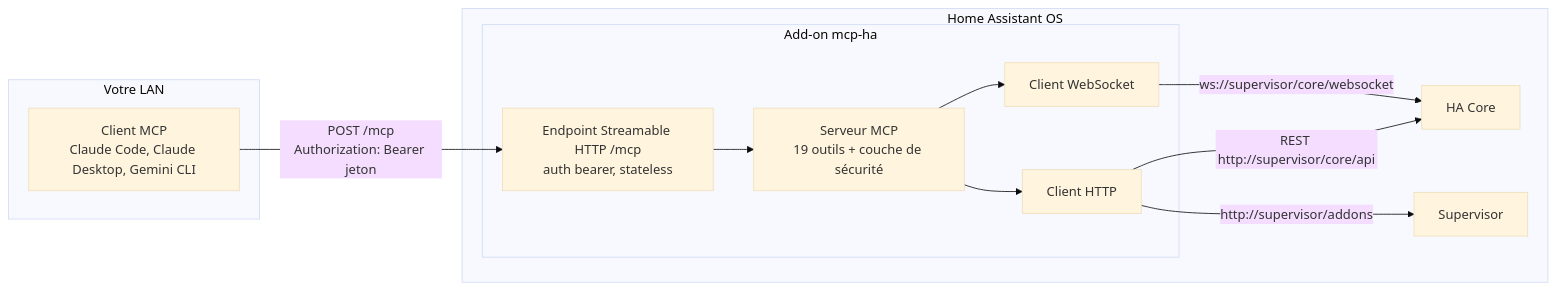
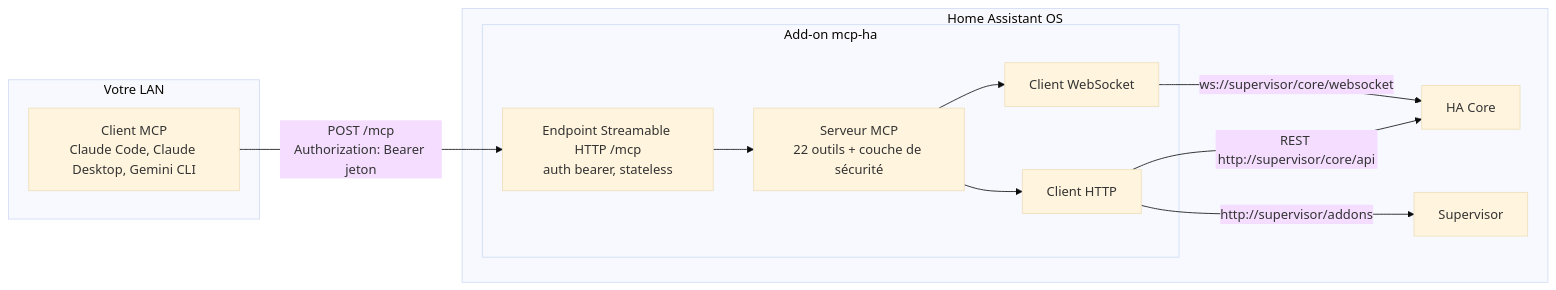
Before and after one commit to Devitek/mcp-ha: the first of 3 diagrams in docs/fr/reference/architecture.md, drawn with Mermaid (base theme). The commit also changed 33 other files, not shown here.

````diff
--- a/docs/fr/reference/architecture.md
+++ b/docs/fr/reference/architecture.md
@@ -7,23 +7,23 @@
 ```mermaid
 flowchart LR
   subgraph lan["Votre LAN"]
     C["Client MCP<br/>Claude Code, Claude Desktop, Gemini CLI"]
   end
   subgraph haos["Home Assistant OS"]
     subgraph addon["Add-on mcp-ha"]
       T["Endpoint Streamable HTTP /mcp<br/>auth bearer, stateless"]
-      S["Serveur MCP<br/>19 outils + couche de sécurité"]
+      S["Serveur MCP<br/>22 outils + couche de sécurité"]
       W["Client WebSocket"]
       H["Client HTTP"]
       T --> S
       S --> W
       S --> H
     end
     CORE["HA Core"]
     SUP["Supervisor"]
     W -->|"ws://supervisor/core/websocket"| CORE
     H -->|"REST http://supervisor/core/api"| CORE
     H -->|"http://supervisor/addons"| SUP
   end
   C -->|"POST /mcp<br/>Authorization: Bearer jeton"| T
 ```
````
